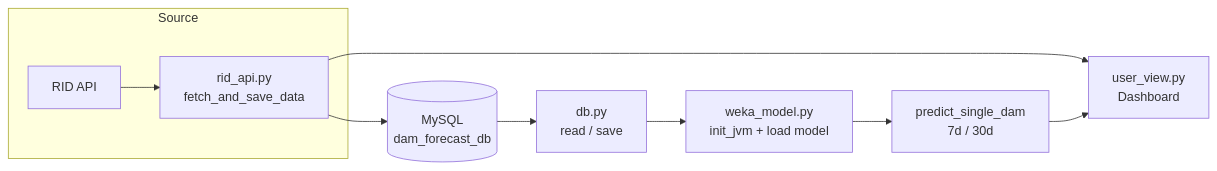
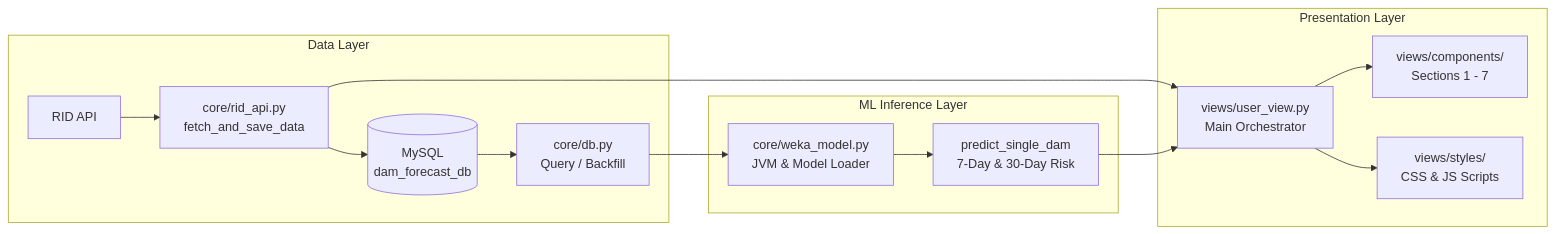
Before and after one commit to tangpadon/Thai-Dam-Classification-Project: the diagram in README.md, drawn with Mermaid. The commit also changed other lines of this file and 25 other files, not shown here.

````diff
--- a/README.md
+++ b/README.md
@@ -71,12 +96,20 @@
 ```mermaid
 flowchart LR
-    subgraph Source
-        A[RID API] --> B[rid_api.py<br>fetch_and_save_data]
+    subgraph Data Layer
+        A[RID API] --> B[core/rid_api.py<br>fetch_and_save_data]
+        B --> C[(MySQL<br>dam_forecast_db)]
+        C --> D[core/db.py<br>Query / Backfill]
     end
-    B --> C[(MySQL<br>dam_forecast_db)]
-    C --> D[db.py<br>read / save]
-    D --> E[weka_model.py<br>init_jvm + load model]
-    E --> F[predict_single_dam<br>7d / 30d]
-    B --> G[user_view.py<br>Dashboard]
-    F --> G
+
+    subgraph ML Inference Layer
+        D --> E[core/weka_model.py<br>JVM & Model Loader]
+        E --> F[predict_single_dam<br>7-Day & 30-Day Risk]
+    end
+
+    subgraph Presentation Layer
+        B --> G[views/user_view.py<br>Main Orchestrator]
+        F --> G
+        G --> H[views/components/<br>Sections 1 - 7]
+        G --> I[views/styles/<br>CSS & JS Scripts]
+    end
 ```
````
